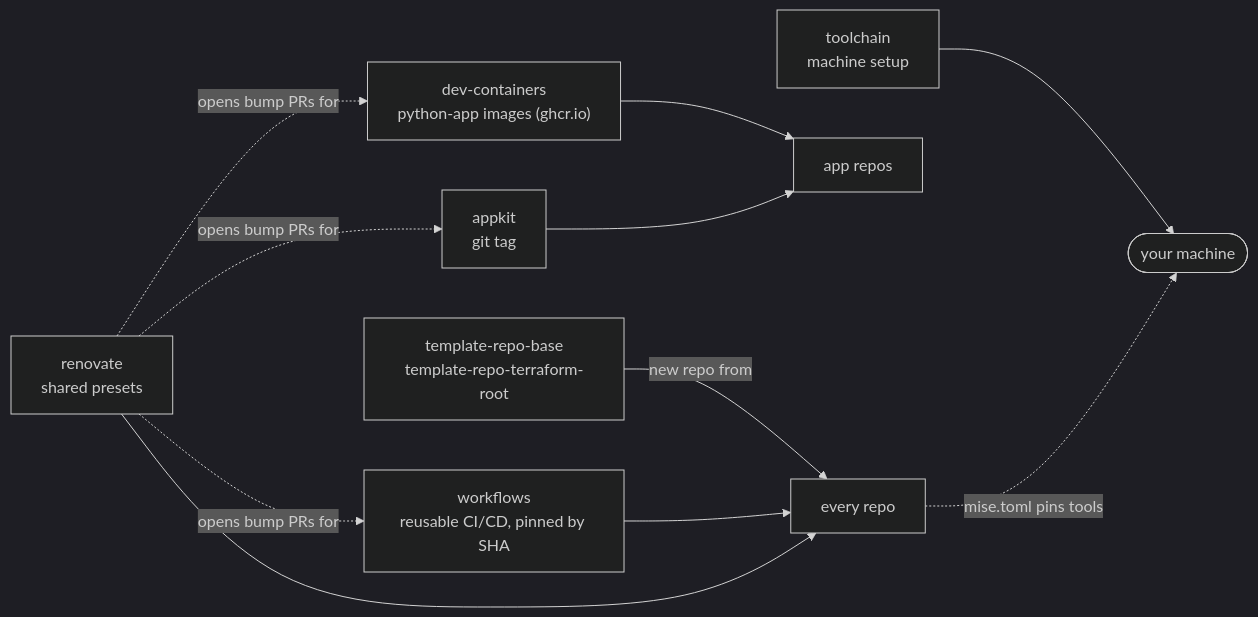
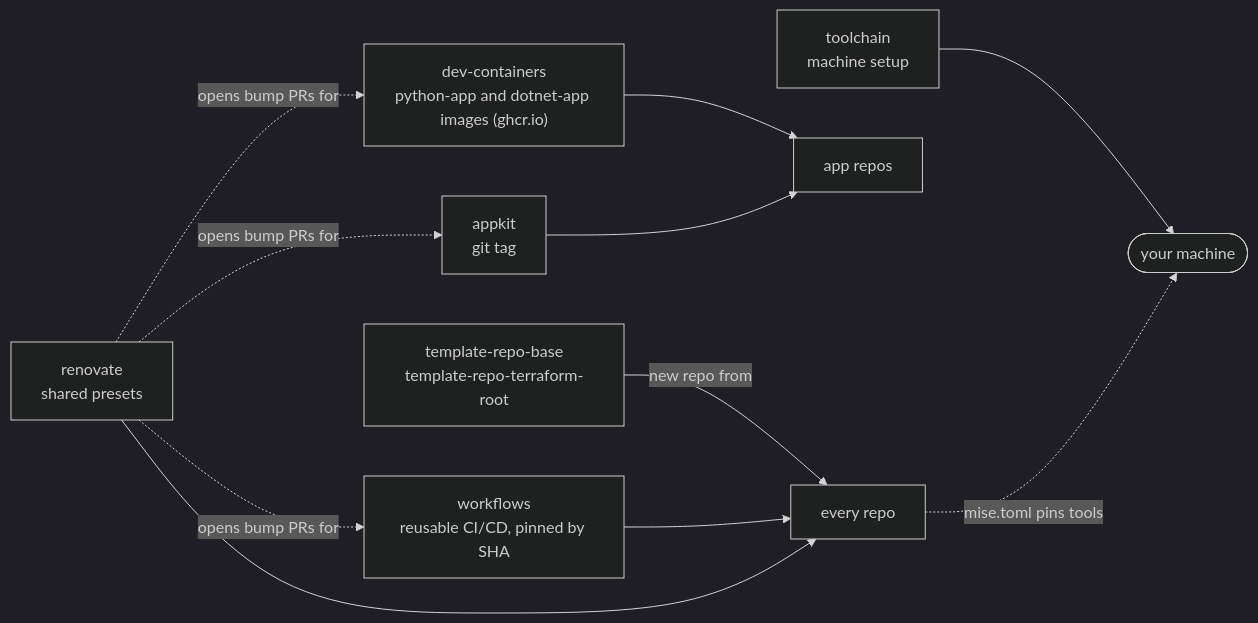
Before and after one commit to jay-withers/factory: the seventh of 11 diagrams in docs/architecture.md, drawn with Mermaid (dark theme). The commit also changed other lines of this file and 2 other files, not shown here.

First line of the commit message:
docs: the estate's first .NET app, and what it rests on (#82)

````diff
--- a/docs/architecture.md
+++ b/docs/architecture.md
@@ -340,13 +343,13 @@
 ```mermaid
 flowchart LR
   tmpl["template-repo-base<br/>template-repo-terraform-root"] -- "new repo from" --> repo["every repo"]
   wf["workflows<br/>reusable CI/CD, pinned by SHA"] --> repo
   ren["renovate<br/>shared presets"] --> repo
-  dc["dev-containers<br/>python-app images (ghcr.io)"] --> apps["app repos"]
+  dc["dev-containers<br/>python-app and dotnet-app images (ghcr.io)"] --> apps["app repos"]
   ak["appkit<br/>git tag"] --> apps
   tc["toolchain<br/>machine setup"] --> laptop(["your machine"])
   repo -. "mise.toml pins tools" .-> laptop
   ren -. "opens bump PRs for" .-> wf
   ren -. "opens bump PRs for" .-> dc
   ren -. "opens bump PRs for" .-> ak
 ```
````
